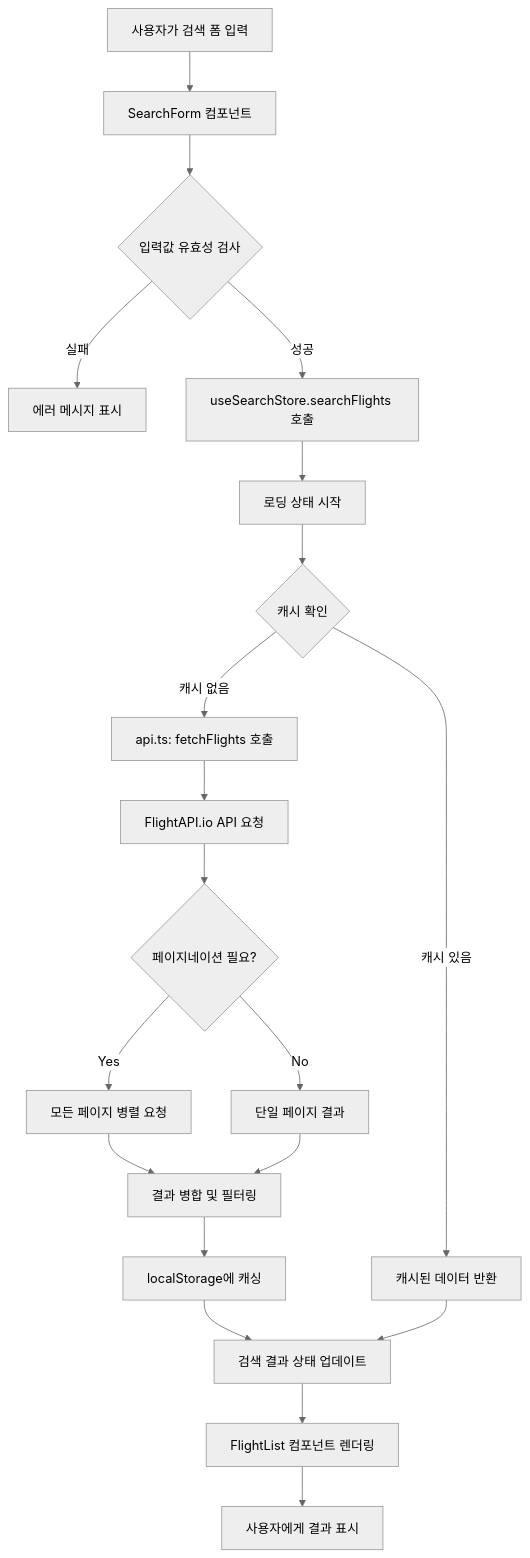
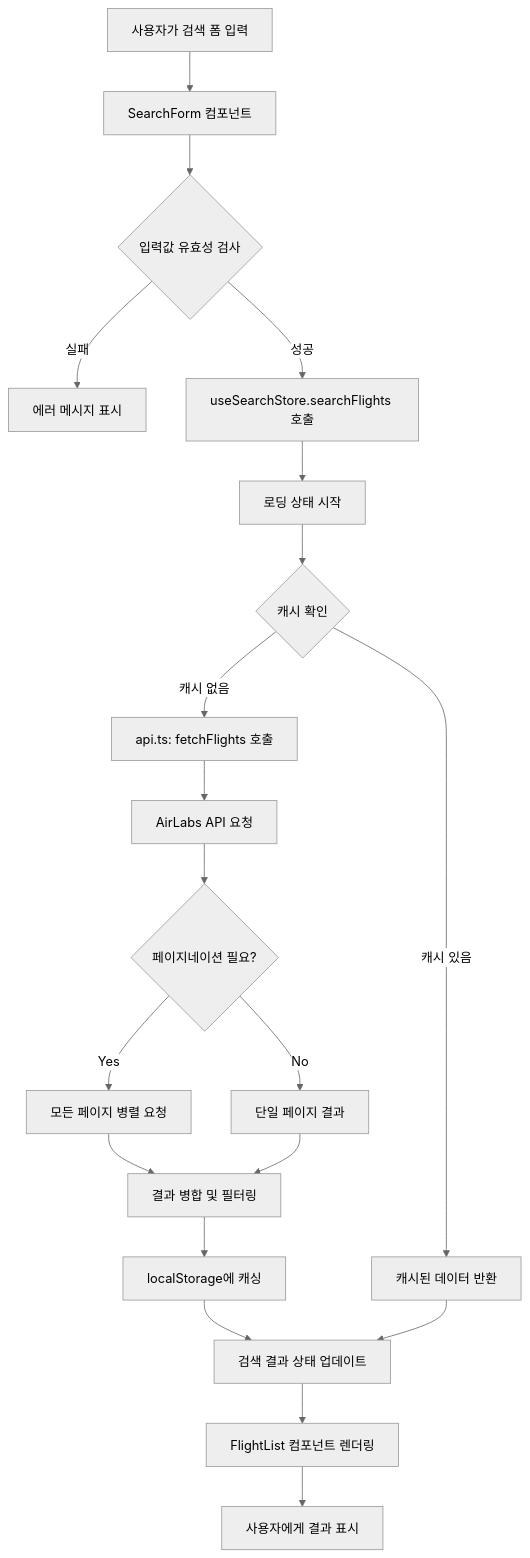
Before and after one commit to klee313/flight-number-searcher: the second of 4 diagrams in docs/ARCHITECTURE.md, drawn with Mermaid (neutral theme). The commit also changed other lines of this file and 8 other files, not shown here.

Commit message:
feat: migrate to AirLabs API and add provider configuration

````diff
--- a/docs/ARCHITECTURE.md
+++ b/docs/ARCHITECTURE.md
@@ -115,22 +115,22 @@
 ```mermaid
 graph TD
     A[사용자가 검색 폼 입력] --> B[SearchForm 컴포넌트]
     B --> C{입력값 유효성 검사}
     C -->|실패| D[에러 메시지 표시]
     C -->|성공| E[useSearchStore.searchFlights 호출]
     E --> F[로딩 상태 시작]
     F --> G{캐시 확인}
     G -->|캐시 있음| H[캐시된 데이터 반환]
     G -->|캐시 없음| I[api.ts: fetchFlights 호출]
-    I --> J[FlightAPI.io API 요청]
+    I --> J[AirLabs API 요청]
     J --> K{페이지네이션 필요?}
     K -->|Yes| L[모든 페이지 병렬 요청]
     K -->|No| M[단일 페이지 결과]
     L --> N[결과 병합 및 필터링]
     M --> N
     N --> O[localStorage에 캐싱]
     O --> P[검색 결과 상태 업데이트]
     H --> P
     P --> Q[FlightList 컴포넌트 렌더링]
     Q --> R[사용자에게 결과 표시]
 ```
````
